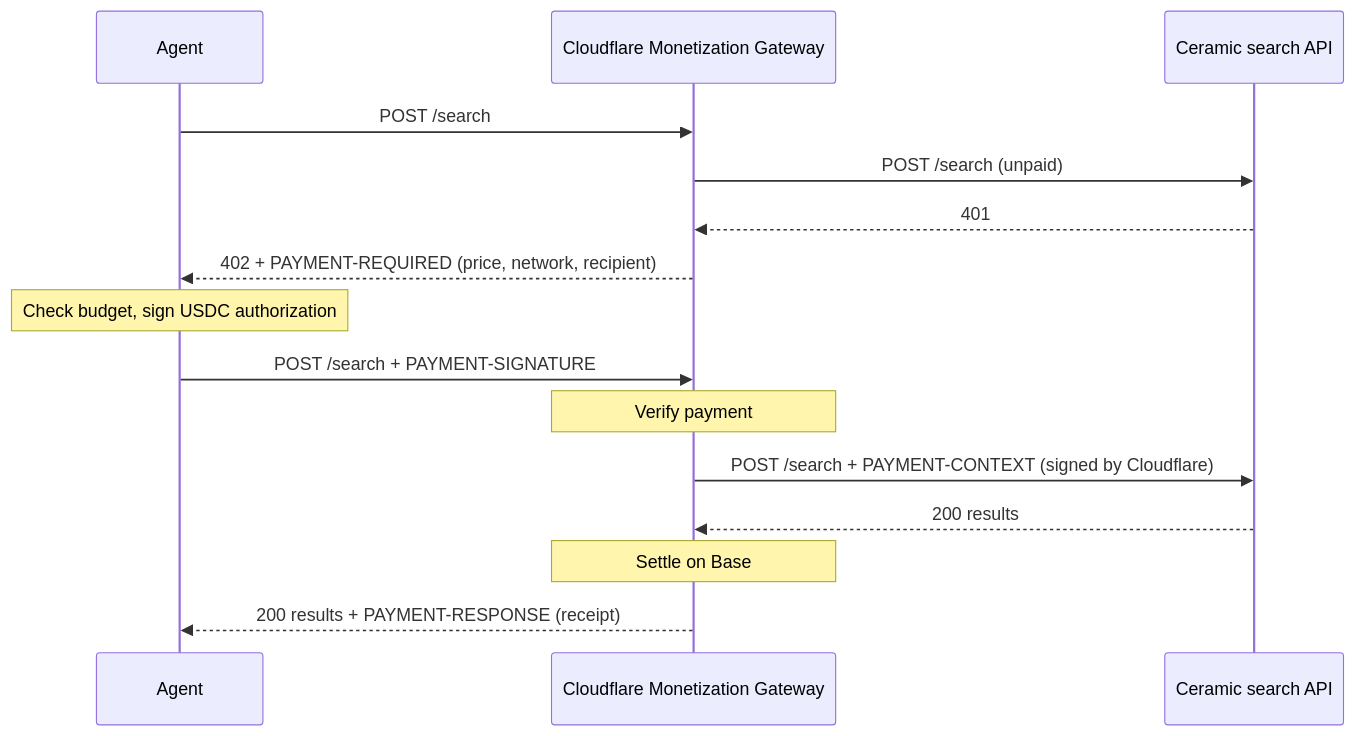
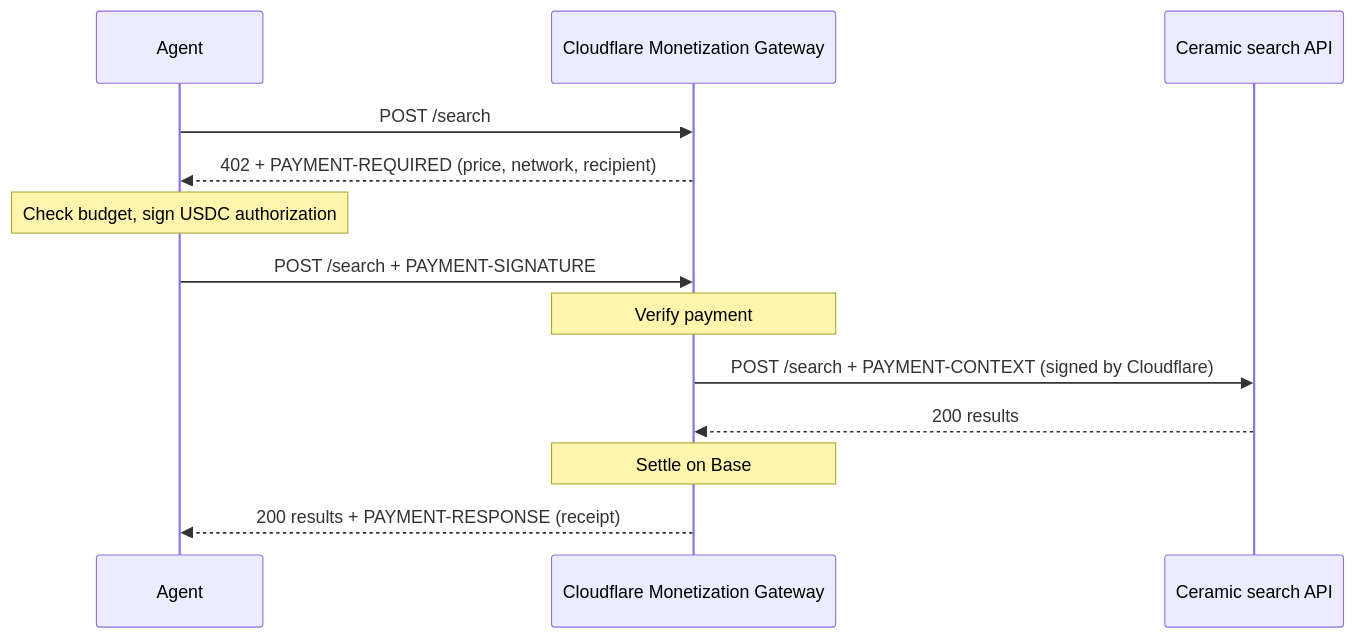
One commit to CeramicTeam/ceramic-x402-search-agent changed the diagram in README.md. Above: the diagram before and after it, drawn with Mermaid. The commit also changed other lines of this file, not shown here.

Commit message:
Update README to correct repo name + correct the flow diagram

````diff
--- a/README.md
+++ b/README.md
@@ -104,17 +104,15 @@
 ```mermaid
 sequenceDiagram
   participant Agent
   participant Gateway as Cloudflare Monetization Gateway
   participant API as Ceramic search API
   Agent->>Gateway: POST /search
-  Gateway->>API: POST /search (unpaid)
-  API-->>Gateway: 401
   Gateway-->>Agent: 402 + PAYMENT-REQUIRED (price, network, recipient)
   Note over Agent: Check budget, sign USDC authorization
   Agent->>Gateway: POST /search + PAYMENT-SIGNATURE
   Note over Gateway: Verify payment
   Gateway->>API: POST /search + PAYMENT-CONTEXT (signed by Cloudflare)
   API-->>Gateway: 200 results
   Note over Gateway: Settle on Base
   Gateway-->>Agent: 200 results + PAYMENT-RESPONSE (receipt)
 ```
````
